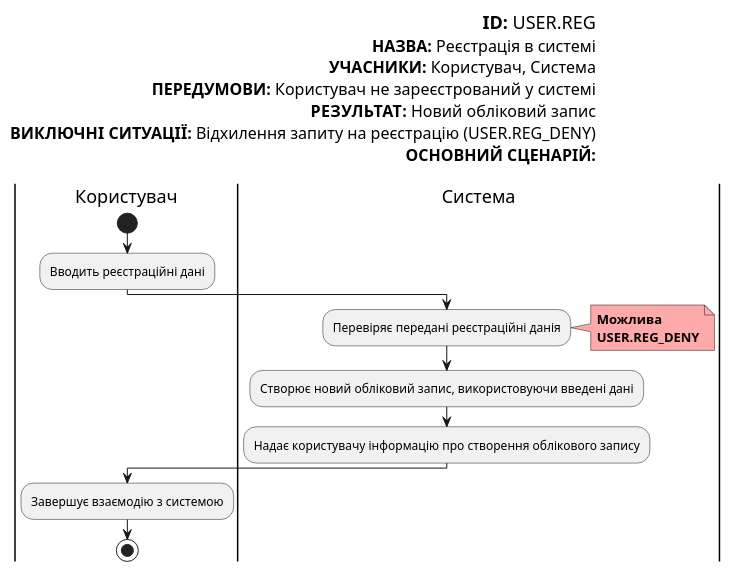
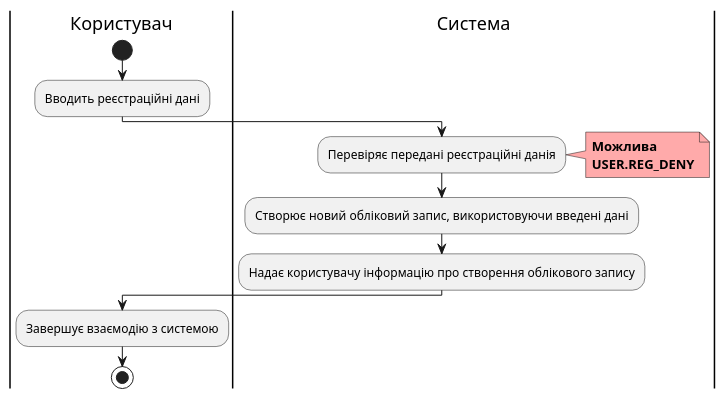
One commit to boldak/edu-db-cw changed the third of 16 diagrams in docs/use cases/README.md. Above: the diagram before and after it, drawn with PlantUML. The commit also changed other lines of this file, not shown here.

```diff
--- a/docs/use cases/README.md
+++ b/docs/use cases/README.md
@@ -68,36 +74,25 @@
 @startuml
-
-left header
-  <font color=000 size=18><b>ID:</b> USER.REG
-  <font color=000 size=16><b>НАЗВА:</b> Реєстрація в системі
-  <font color=000 size=16><b>УЧАСНИКИ:</b> Користувач, Система
-  <font color=000 size=16><b>ПЕРЕДУМОВИ:</b> Користувач не зареєстрований у системі
-  <font color=000 size=16><b>РЕЗУЛЬТАТ:</b> Новий обліковий запис
-  <font color=000 size=16><b>ВИКЛЮЧНІ СИТУАЦІЇ:</b> Відхилення запиту на реєстрацію (USER.REG_DENY)
-  <font color=000 size=16><b>ОСНОВНИЙ СЦЕНАРІЙ:</b>
-
-end header
 
 |Користувач|
     start
     :Вводить реєстраційні дані;
 
 
 
 |Система|
     :Перевіряє передані реєстраційні данія;
 note right #ffaaaa
     <b>Можлива</b>
     <b>USER.REG_DENY</b>
     end note
 
 
 
     :Cтворює новий обліковий запис, використовуючи введені дані;
 
     :Надає користувачу інформацію про створення облікового запису;
 |Користувач|           
     :Завершує взаємодію з системою;
 
     stop;
 @enduml
```
